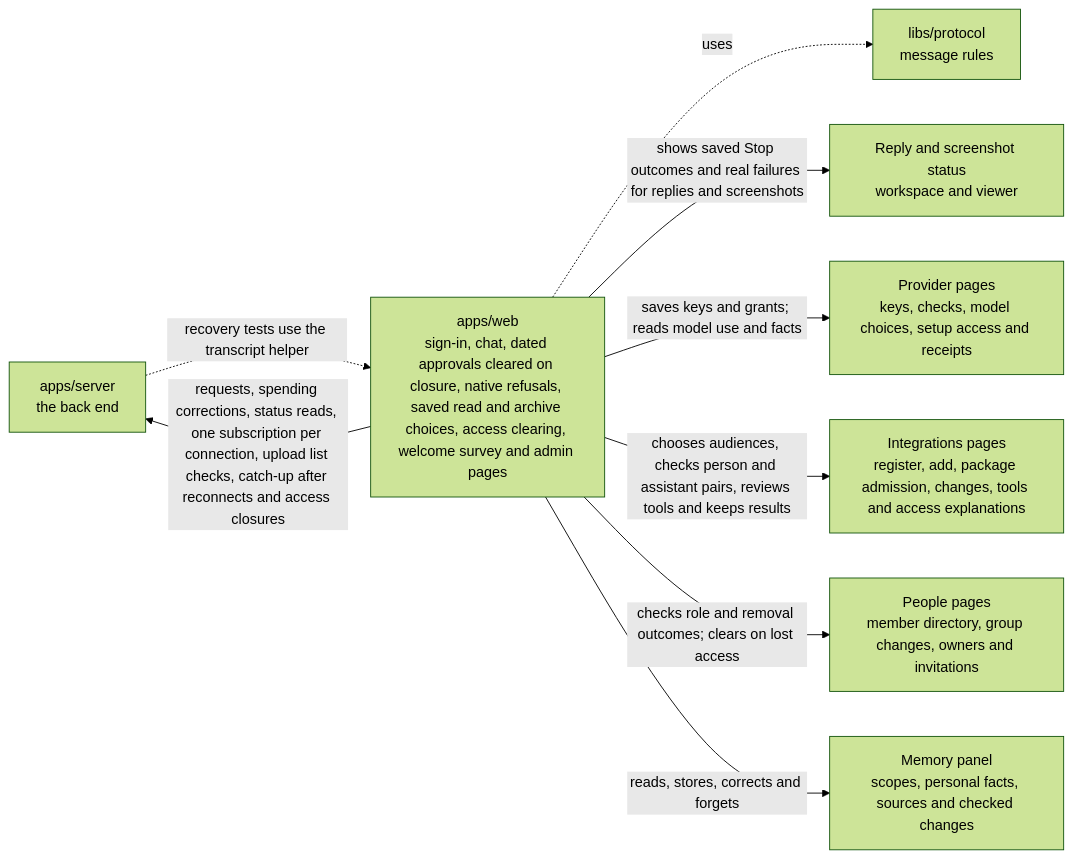
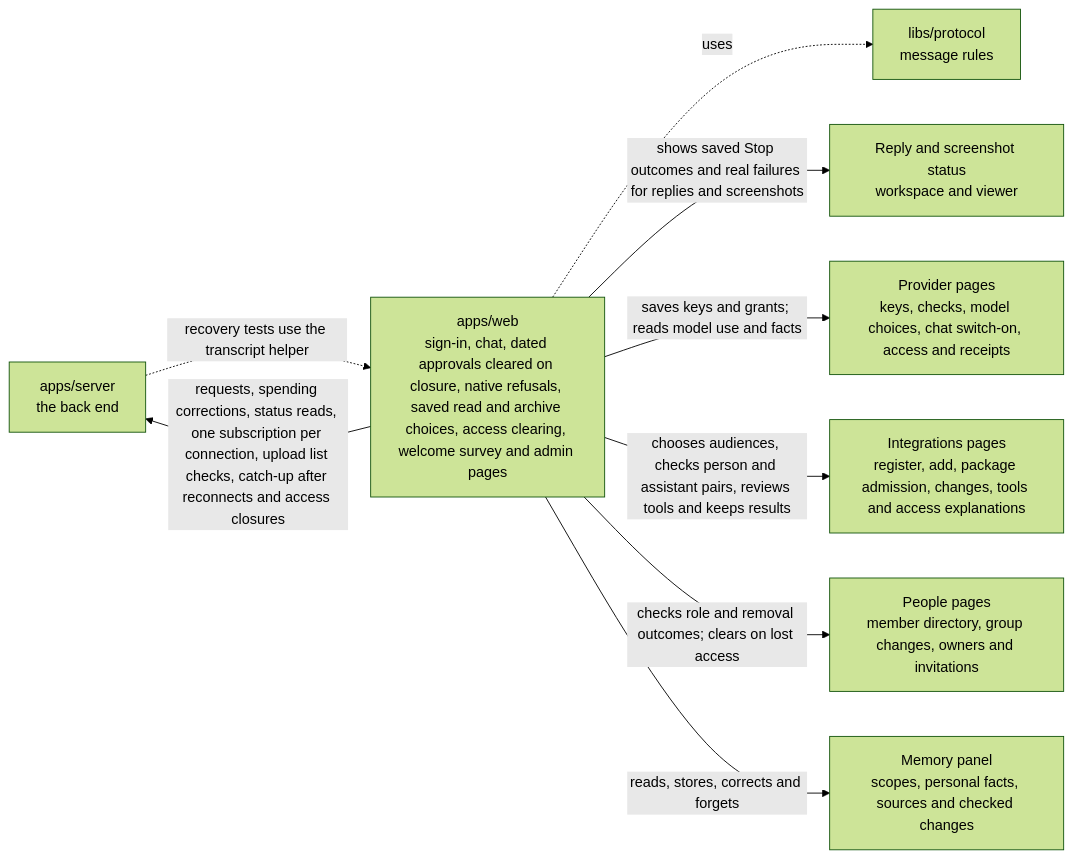
Before and after one commit to elewa-git/opencrane-new: the diagram in apps/web/README.robot.md, drawn with Mermaid (forest theme). The commit also changed other lines of this file and 201 other files, not shown here.

First line of the commit message:
🧠 Let packaged chat use a connected provider (#1166)

````diff
--- a/apps/web/README.robot.md
+++ b/apps/web/README.robot.md
@@ -1227,11 +1227,11 @@
 ```mermaid
 flowchart LR
   server -.->|recovery tests use the transcript helper| web
   web["apps/web<br/>sign-in, chat, dated approvals cleared on closure, native refusals, saved read and archive choices, access clearing, welcome survey and admin pages"] -->|requests, spending corrections, status reads, one subscription per connection, upload list checks, catch-up after reconnects and access closures| server["apps/server<br/>the back end"]
   web -.->|uses| protocol["libs/protocol<br/>message rules"]
   web -->|shows saved Stop outcomes and real failures for replies and screenshots| capture["Reply and screenshot status<br/>workspace and viewer"]
-  web -->|saves keys and grants; reads model use and facts| providers["Provider pages<br/>keys, checks, model choices, setup access and receipts"]
+  web -->|saves keys and grants; reads model use and facts| providers["Provider pages<br/>keys, checks, model choices, chat switch-on, access and receipts"]
   web -->|chooses audiences, checks person and assistant pairs, reviews tools and keeps results| integrations["Integrations pages<br/>register, add, package admission, changes, tools and access explanations"]
   web -->|checks role and removal outcomes; clears on lost access| people["People pages<br/>member directory, group changes, owners and invitations"]
   web -->|reads, stores, corrects and forgets| memory["Memory panel<br/>scopes, personal facts, sources and checked changes"]
 ```
````
